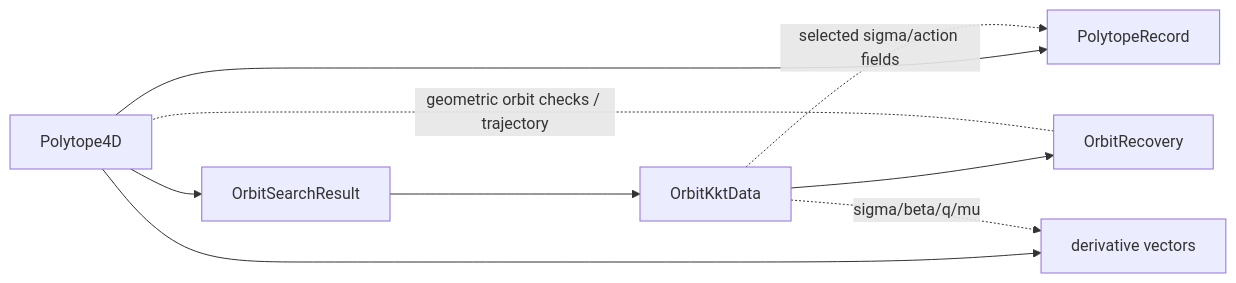
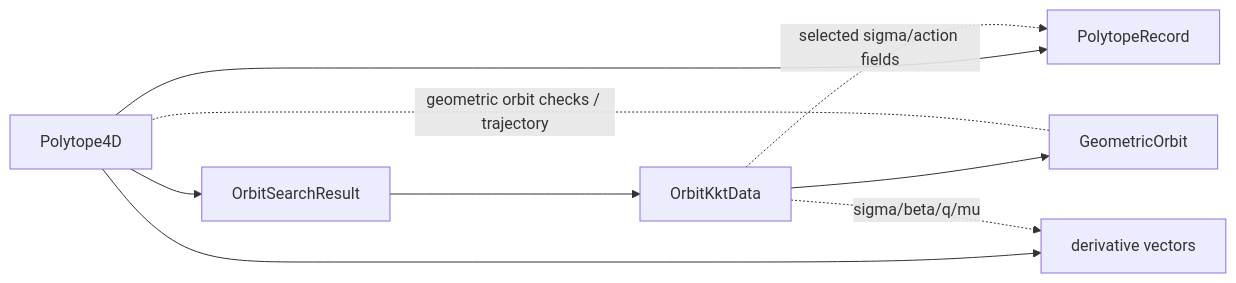
One commit to JoernStoehler/msc-math changed the third of 4 diagrams in ARCHITECTURE.md. Above: the diagram before and after it, drawn with Mermaid. The commit also changed other lines of this file and 6 other files, not shown here.

Commit message:
Rename OrbitRecovery to GeometricOrbit

````diff
--- a/ARCHITECTURE.md
+++ b/ARCHITECTURE.md
@@ -141,18 +141,18 @@
 ```mermaid
 flowchart LR
     P["Polytope4D"]
     S["OrbitSearchResult"]
     K["OrbitKktData"]
-    O["OrbitRecovery"]
+    O["GeometricOrbit"]
     R["PolytopeRecord"]
     D["derivative vectors"]
 
     P --> S
     S --> K
     K --> O
     P --> R
     K -. selected sigma/action fields .-> R
     P --> D
     K -. sigma/beta/q/mu .-> D
     O -. geometric orbit checks / trajectory .- P
 ```
````
